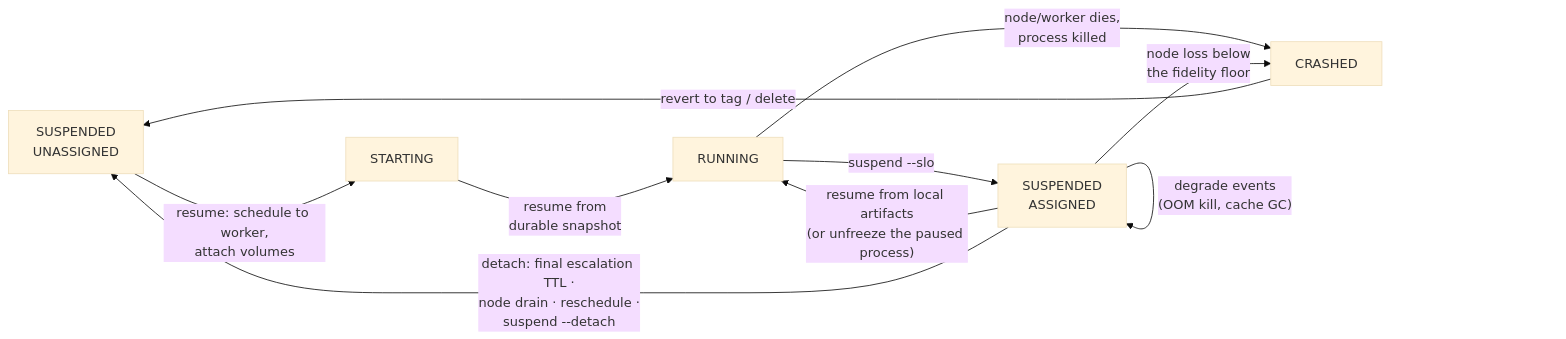
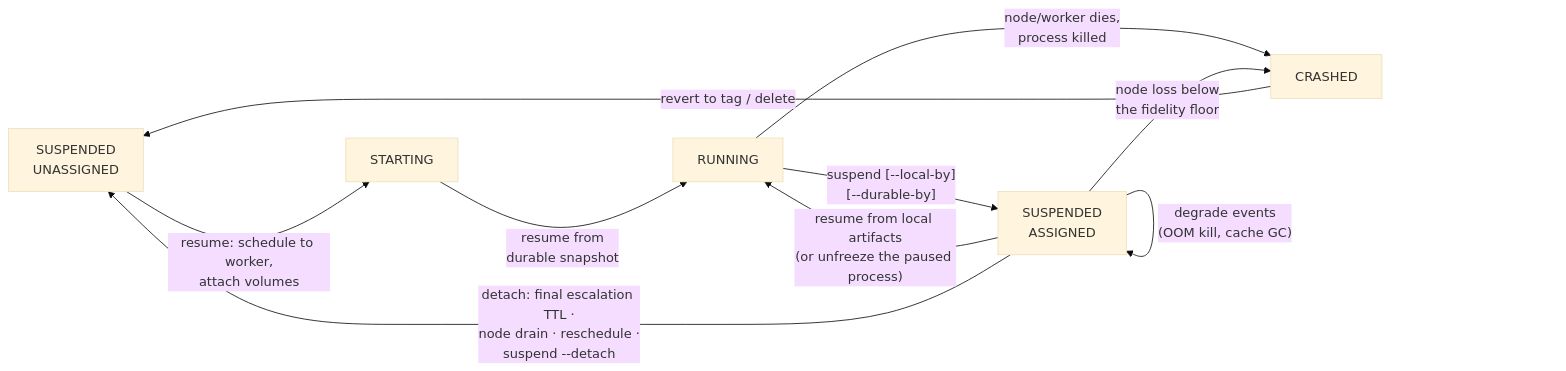
The second of 3 diagrams in docs/actor-lifecycle-v2.md (dberkov/substrate), drawn with Mermaid (base theme) before and after one commit. The commit also changed other lines of this file, not shown here.

````diff
--- a/docs/actor-lifecycle-v2.md
+++ b/docs/actor-lifecycle-v2.md
@@ -84,23 +97,23 @@
 ```mermaid
 flowchart LR
     %% nodes declared in desired left-to-right order
     SU["SUSPENDED<br/>UNASSIGNED"]
     ST["STARTING"]
     RN["RUNNING"]
     CR["CRASHED"]
     SA["SUSPENDED<br/>ASSIGNED"]
 
     %% invisible spine: pins SU to the far left, SA to the far right
     SU ~~~ ST ~~~ RN ~~~ SA
 
     SU -- "resume: schedule to worker,<br/>attach volumes" --> ST
     ST -- "resume from<br/>durable snapshot" --> RN
-    RN -- "suspend --slo" --> SA
+    RN -- "suspend [--local-by]<br/>[--durable-by]" --> SA
     SA -- "resume from local artifacts<br/>(or unfreeze the paused process)" --> RN
     RN -- "node/worker dies,<br/>process killed" --> CR
     SA -- "node loss below<br/>the fidelity floor" --> CR
     SA -- "durability events<br/>(package, auto-upload)" --> SA
     SA -- "degrade events<br/>(OOM kill, cache GC)" --> SA
     SA -- "detach: final escalation TTL ·<br/>node drain · reschedule ·<br/>suspend --detach" --> SU
     CR -- "revert to tag / delete" --> SU
 ```
````
